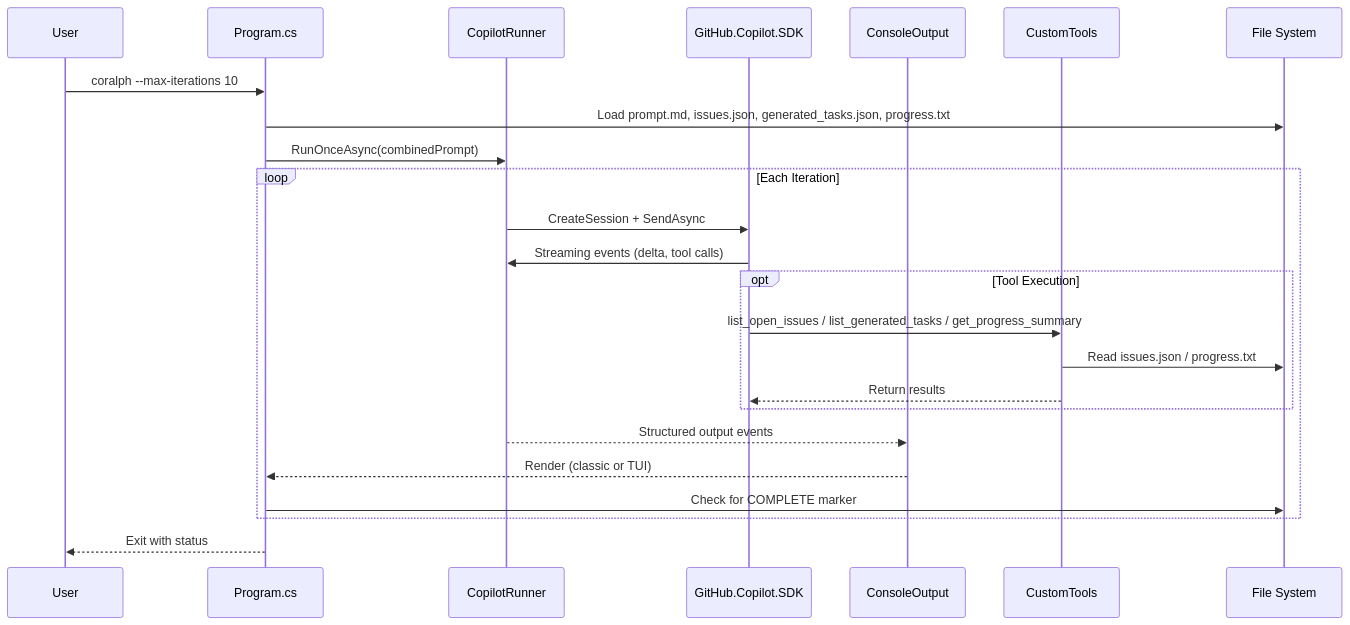
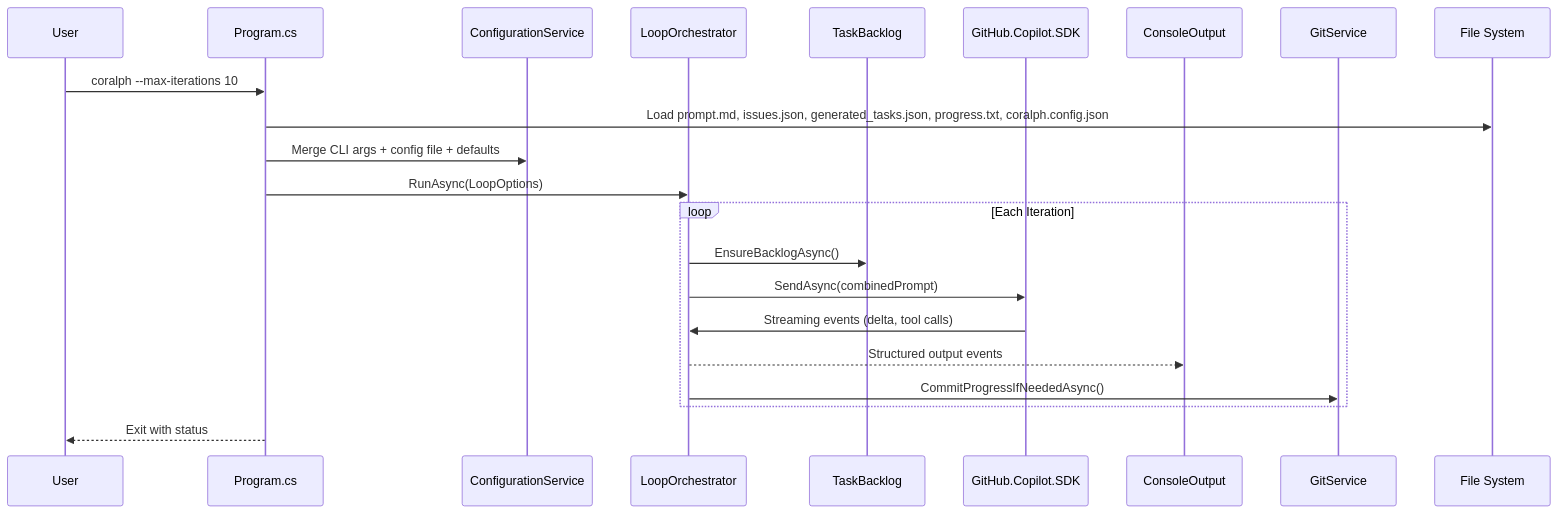
One commit to dariuszparys/coralph changed the second of 2 diagrams in docs/architecture.md. Above: the diagram before and after it, drawn with Mermaid. The commit also changed other lines of this file and 3 other files, not shown here.

````diff
--- a/docs/architecture.md
+++ b/docs/architecture.md
@@ -111,31 +165,27 @@
 ```mermaid
 sequenceDiagram
     participant User
     participant CLI as Program.cs
-    participant Runner as CopilotRunner
+    participant Config as ConfigurationService
+    participant Runner as LoopOrchestrator
+    participant Tasks as TaskBacklog
     participant SDK as GitHub.Copilot.SDK
     participant Output as ConsoleOutput
-    participant Tools as CustomTools
+    participant Git as GitService
     participant Files as File System
 
     User->>CLI: coralph --max-iterations 10
-    CLI->>Files: Load prompt.md, issues.json, generated_tasks.json, progress.txt
-    CLI->>Runner: RunOnceAsync(combinedPrompt)
-    
+    CLI->>Files: Load prompt.md, issues.json, generated_tasks.json, progress.txt, coralph.config.json
+    CLI->>Config: Merge CLI args + config file + defaults
+    CLI->>Runner: RunAsync(LoopOptions)
+
     loop Each Iteration
-        Runner->>SDK: CreateSession + SendAsync
+        Runner->>Tasks: EnsureBacklogAsync()
+        Runner->>SDK: SendAsync(combinedPrompt)
         SDK->>Runner: Streaming events (delta, tool calls)
-        
-        opt Tool Execution
-            SDK->>Tools: list_open_issues / list_generated_tasks / get_progress_summary
-            Tools->>Files: Read issues.json / progress.txt
-            Tools-->>SDK: Return results
-        end
-        
         Runner-->>Output: Structured output events
-        Output-->>CLI: Render (classic or TUI)
-        CLI->>Files: Check for COMPLETE marker
+        Runner->>Git: CommitProgressIfNeededAsync()
     end
-    
+
     CLI-->>User: Exit with status
 ```
````
